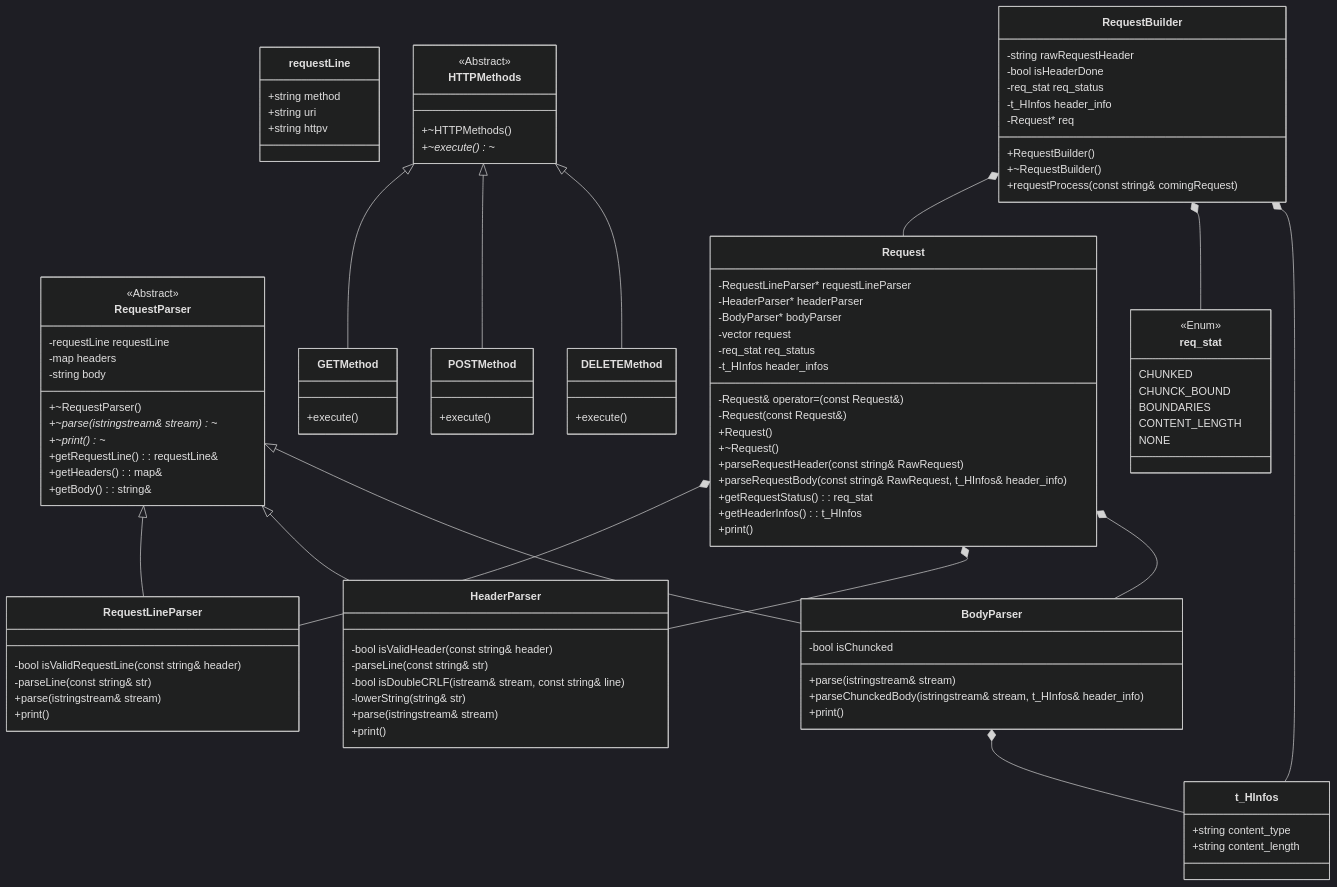
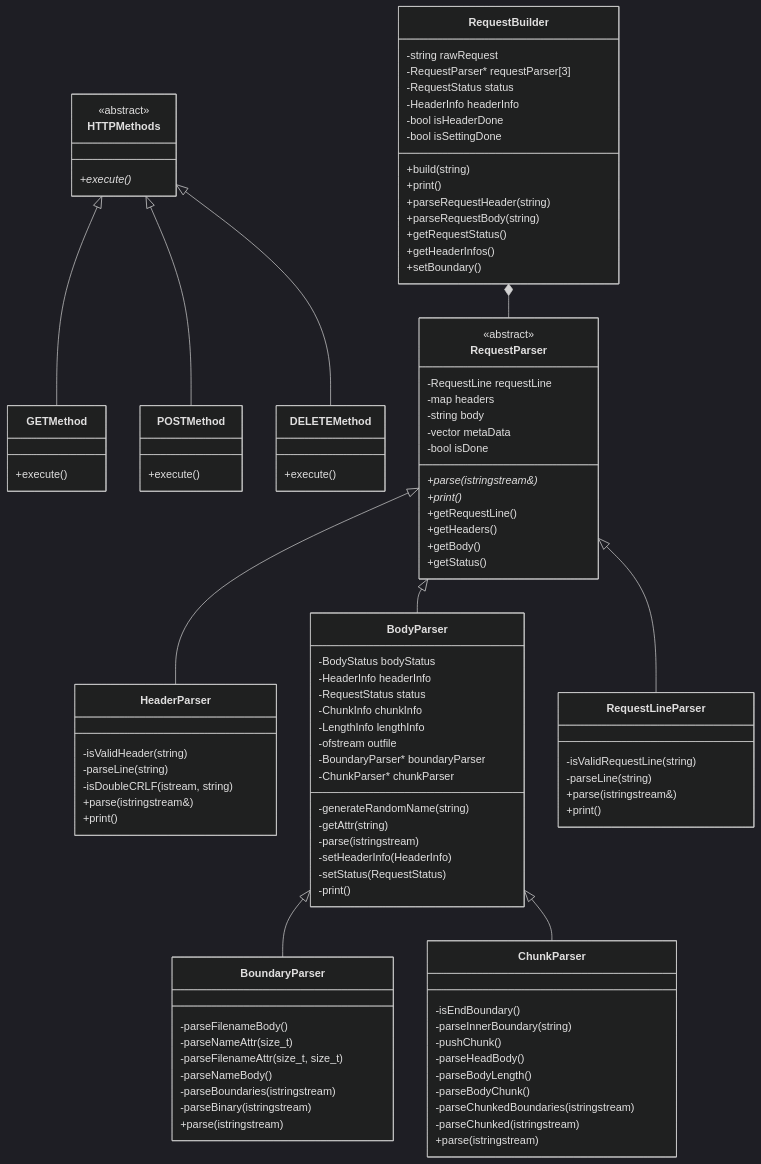
Before and after one commit to ismailassil/webserv: the diagram in RequestDiagram.md, drawn with Mermaid (dark theme). The commit also changed other lines of this file and 18 other files, not shown here.

Commit message:
Splitting the BodyParser header

````diff
--- a/RequestDiagram.md
+++ b/RequestDiagram.md
@@ -1,57 +3,9 @@
 ```mermaid
+
 classDiagram
-    class requestLine {
-        +string method
-        +string uri
-        +string httpv
-    }
-
-    class RequestParser {
-        <<Abstract>>
-        -requestLine requestLine
-        -map<string, string> headers
-        -string body
-        +~RequestParser()
-        +~parse(istringstream& stream)~*
-        +~print()~*
-        +getRequestLine() : requestLine&
-        +getHeaders() : map<string, string>&
-        +getBody() : string&
-    }
-
-    class RequestBuilder {
-        -string rawRequestHeader
-        -bool isHeaderDone
-        -req_stat req_status
-        -t_HInfos header_info
-        -Request* req
-        +RequestBuilder()
-        +~RequestBuilder()
-        +requestProcess(const string& comingRequest)
-    }
-
-    class Request {
-        -RequestLineParser* requestLineParser
-        -HeaderParser* headerParser
-        -BodyParser* bodyParser
-        -vector<RequestParser*> request
-        -req_stat req_status
-        -t_HInfos header_infos
-        -Request& operator=(const Request&)
-        -Request(const Request&)
-        +Request()
-        +~Request()
-        +parseRequestHeader(const string& RawRequest)
-        +parseRequestBody(const string& RawRequest, t_HInfos& header_info)
-        +getRequestStatus() : req_stat
-        +getHeaderInfos() : t_HInfos
-        +print()
-    }
-
     class HTTPMethods {
-        <<Abstract>>
-        +~HTTPMethods()
-        +~execute()~*
+        <<abstract>>
+        +execute()*
     }
 
     class GETMethod {
@@ -66,55 +20,102 @@
         +execute()
     }
 
-    class RequestLineParser {
-        -bool isValidRequestLine(const string& header)
-        -parseLine(const string& str)
-        +parse(istringstream& stream)
+    class RequestParser {
+        <<abstract>>
+        -RequestLine requestLine
+        -map headers
+        -string body
+        -vector metaData
+        -bool isDone
+        +parse(istringstream&)*
+        +print()*
+        +getRequestLine()
+        +getHeaders()
+        +getBody()
+        +getStatus()
+    }
+
+    class RequestBuilder {
+        -string rawRequest
+        -RequestParser* requestParser[3]
+        -RequestStatus status
+        -HeaderInfo headerInfo
+        -bool isHeaderDone
+        -bool isSettingDone
+        +build(string)
         +print()
+        +parseRequestHeader(string)
+        +parseRequestBody(string)
+        +getRequestStatus()
+        +getHeaderInfos()
+        +setBoundary()
     }
 
     class HeaderParser {
-        -bool isValidHeader(const string& header)
-        -parseLine(const string& str)
-        -bool isDoubleCRLF(istream& stream, const string& line)
-        -lowerString(string& str)
-        +parse(istringstream& stream)
+        -isValidHeader(string)
+        -parseLine(string)
+        -isDoubleCRLF(istream, string)
+        +parse(istringstream&)
         +print()
     }
 
     class BodyParser {
-        -bool isChuncked
-        +parse(istringstream& stream)
-        +parseChunckedBody(istringstream& stream, t_HInfos& header_info)
+        -BodyStatus bodyStatus
+        -HeaderInfo headerInfo
+        -RequestStatus status
+        -ChunkInfo chunkInfo
+        -LengthInfo lengthInfo
+        -ofstream outfile
+        -BoundaryParser* boundaryParser
+        -ChunkParser* chunkParser
+        -generateRandomName(string)
+        -getAttr(string)
+        -parse(istringstream)
+        -setHeaderInfo(HeaderInfo)
+        -setStatus(RequestStatus)
+        -print()
+    }
+
+    class BoundaryParser {
+        -parseFilenameBody()
+        -parseNameAttr(size_t)
+        -parseFilenameAttr(size_t, size_t)
+        -parseNameBody()
+        -parseBoundaries(istringstream)
+        -parseBinary(istringstream)
+        +parse(istringstream)
+    }
+
+    class ChunkParser {
+        -isEndBoundary()
+        -parseInnerBoundary(string)
+        -pushChunk()
+        -parseHeadBody()
+        -parseBodyLength()
+        -parseBodyChunk()
+        -parseChunkedBoundaries(istringstream)
+        -parseChunked(istringstream)
+        +parse(istringstream)
+    }
+
+    class RequestLineParser {
+        -isValidRequestLine(string)
+        -parseLine(string)
+        +parse(istringstream&)
         +print()
     }
 
-    class t_HInfos {
-        +string content_type
-        +string content_length
-    }
-
-    class req_stat {
-        <<Enum>>
-        CHUNKED
-        CHUNCK_BOUND
-        BOUNDARIES
-        CONTENT_LENGTH
-        NONE
-    }
-
-    RequestParser <|-- RequestLineParser
-    RequestParser <|-- HeaderParser
-    RequestParser <|-- BodyParser
     HTTPMethods <|-- GETMethod
     HTTPMethods <|-- POSTMethod
     HTTPMethods <|-- DELETEMethod
-    Request *-- RequestLineParser
-    Request *-- HeaderParser
-    Request *-- BodyParser
-    RequestBuilder *-- Request
-    RequestBuilder *-- req_stat
-    RequestBuilder *-- t_HInfos
-    BodyParser *-- t_HInfos
+
+    RequestParser <|-- HeaderParser
+    RequestParser <|-- BodyParser
+    RequestParser <|-- RequestLineParser
+
+    BodyParser <|-- BoundaryParser
+    BodyParser <|-- ChunkParser
+
+    RequestBuilder *-- RequestParser
 
 ```
````
